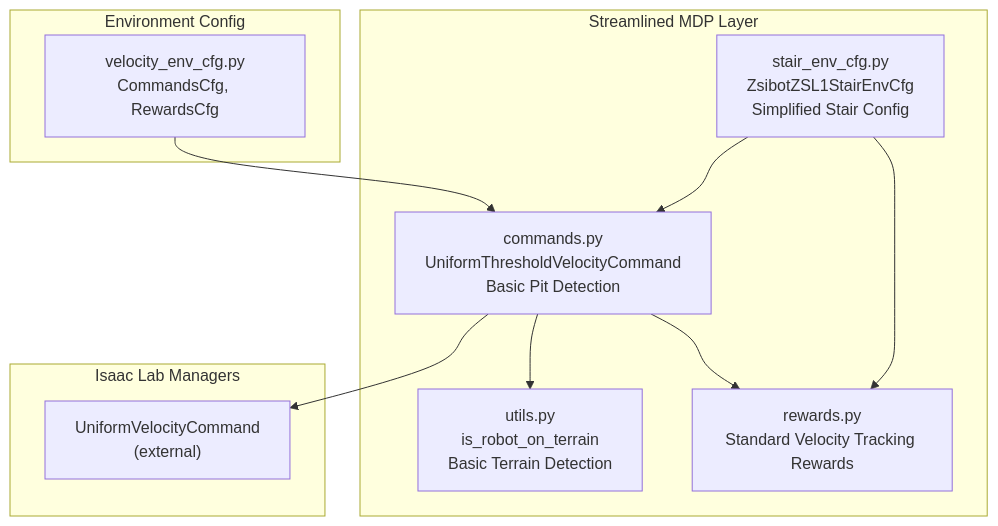
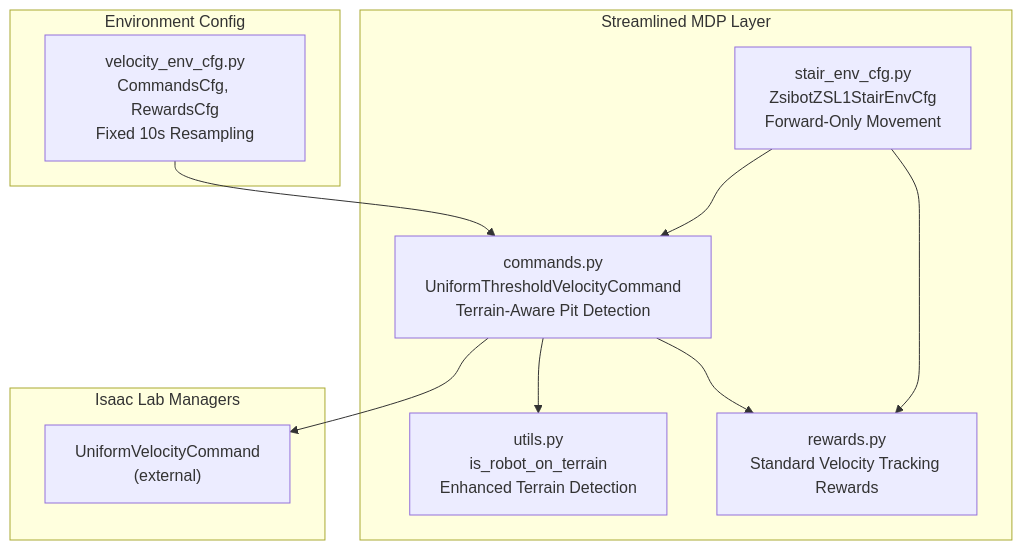
The first of 4 diagrams in .qoder/repowiki/en/content/Task Configuration Framework/Velocity-Based Locomotion Tasks/Command Generation and Tracking.md (jayjayhust/robot_lab), drawn with Mermaid before and after one commit. The commit also changed other lines of this file and 6 other files, not shown here.

````diff
--- a/.qoder/repowiki/en/content/Task Configuration Framework/Velocity-Based Locomotion Tasks/Command Generation and Tracking.md
+++ b/.qoder/repowiki/en/content/Task Configuration Framework/Velocity-Based Locomotion Tasks/Command Generation and Tracking.md
@@ -51,21 +51,21 @@
 ```mermaid
 graph TB
 subgraph "Streamlined MDP Layer"
-CMD["commands.py<br/>UniformThresholdVelocityCommand<br/>Basic Pit Detection"]
+CMD["commands.py<br/>UniformThresholdVelocityCommand<br/>Terrain-Aware Pit Detection"]
 REW["rewards.py<br/>Standard Velocity Tracking Rewards"]
-UTL["utils.py<br/>is_robot_on_terrain<br/>Basic Terrain Detection"]
-STAIR["stair_env_cfg.py<br/>ZsibotZSL1StairEnvCfg<br/>Simplified Stair Config"]
+UTL["utils.py<br/>is_robot_on_terrain<br/>Enhanced Terrain Detection"]
+STAIR["stair_env_cfg.py<br/>ZsibotZSL1StairEnvCfg<br/>Forward-Only Movement"]
 end
 subgraph "Environment Config"
-CFG["velocity_env_cfg.py<br/>CommandsCfg, RewardsCfg"]
+CFG["velocity_env_cfg.py<br/>CommandsCfg, RewardsCfg<br/>Fixed 10s Resampling"]
 end
 subgraph "Isaac Lab Managers"
 BASE["UniformVelocityCommand<br/>(external)"]
 end
 CFG --> CMD
 CMD --> BASE
 CMD --> UTL
 CMD --> REW
 STAIR --> CMD
 STAIR --> REW
 ```
````
